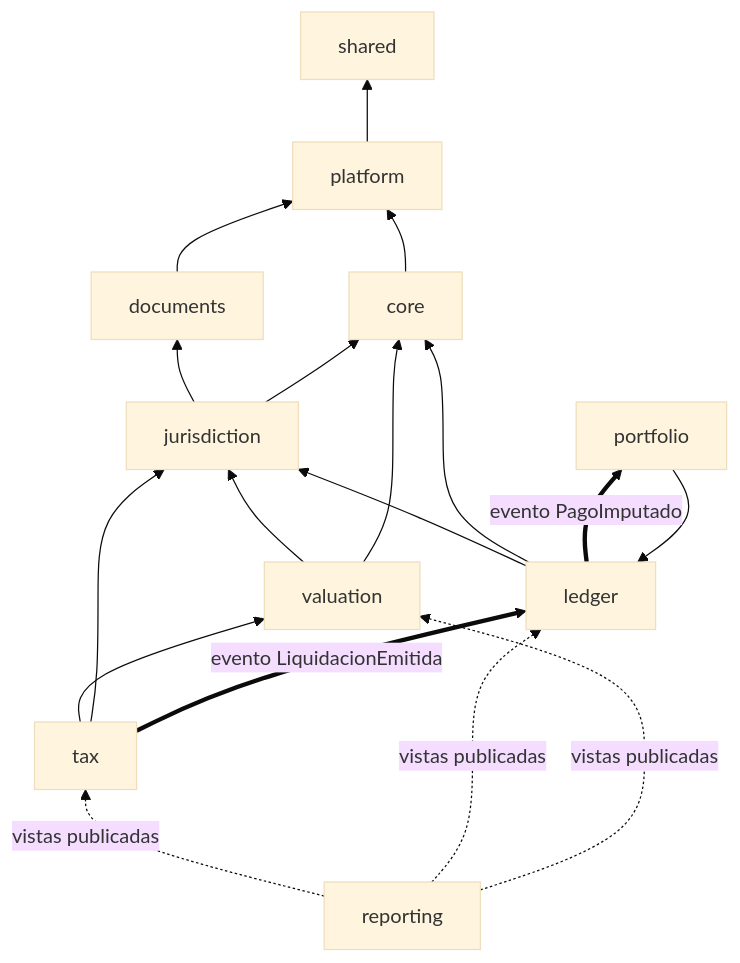
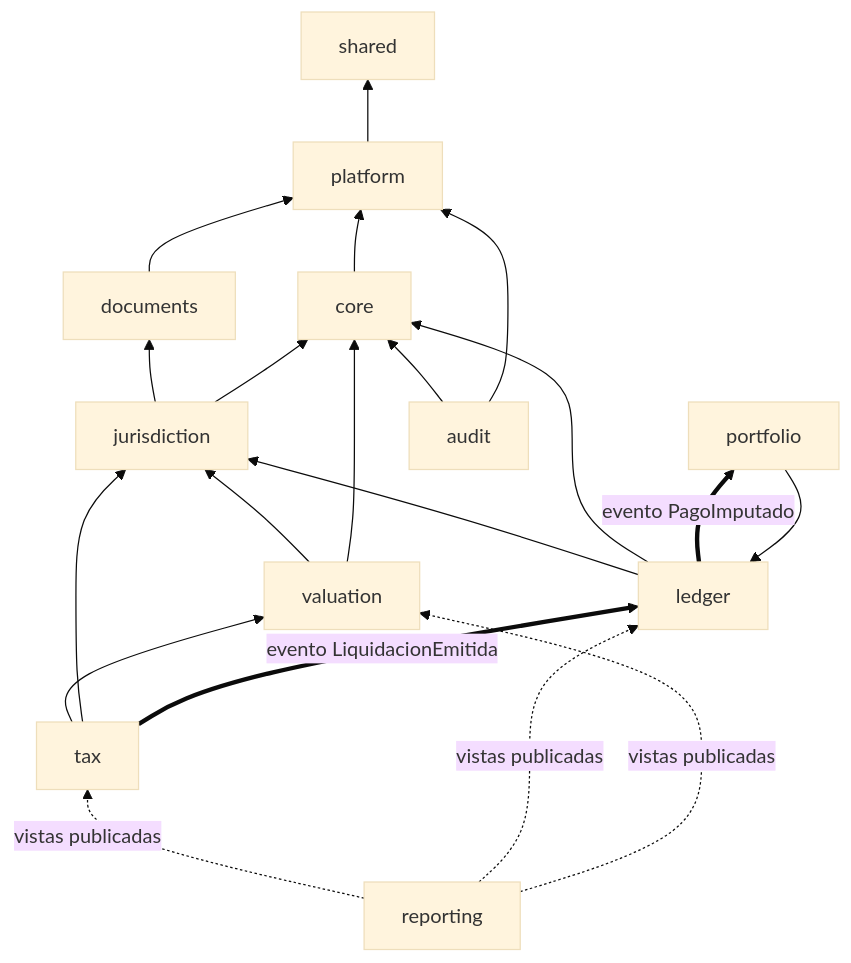
The third of 6 diagrams in docs/arquitectura/01_Arquitectura_de_Software.md (jorgearaujoSap/liv), drawn with Mermaid (base theme) before and after one commit. The commit also changed other lines of this file and 20 other files, not shown here.

````diff
--- a/docs/arquitectura/01_Arquitectura_de_Software.md
+++ b/docs/arquitectura/01_Arquitectura_de_Software.md
@@ -94,19 +94,21 @@
 ```mermaid
 flowchart BT
     SK[shared]
     PL[platform] --> SK
     CORE[core] --> PL
     DOC[documents] --> PL
     JUR[jurisdiction] --> DOC
     JUR --> CORE
     VAL[valuation] --> JUR
     VAL --> CORE
     TAX[tax] --> VAL
     TAX --> JUR
     LED[ledger] --> JUR
     LED --> CORE
     POR[portfolio] --> LED
+    AUD[audit] --> CORE
+    AUD --> PL
     REP[reporting] -. vistas publicadas .-> TAX & LED & VAL
     TAX == "evento LiquidacionEmitida" ==> LED
     LED == "evento PagoImputado" ==> POR
 ```
````
